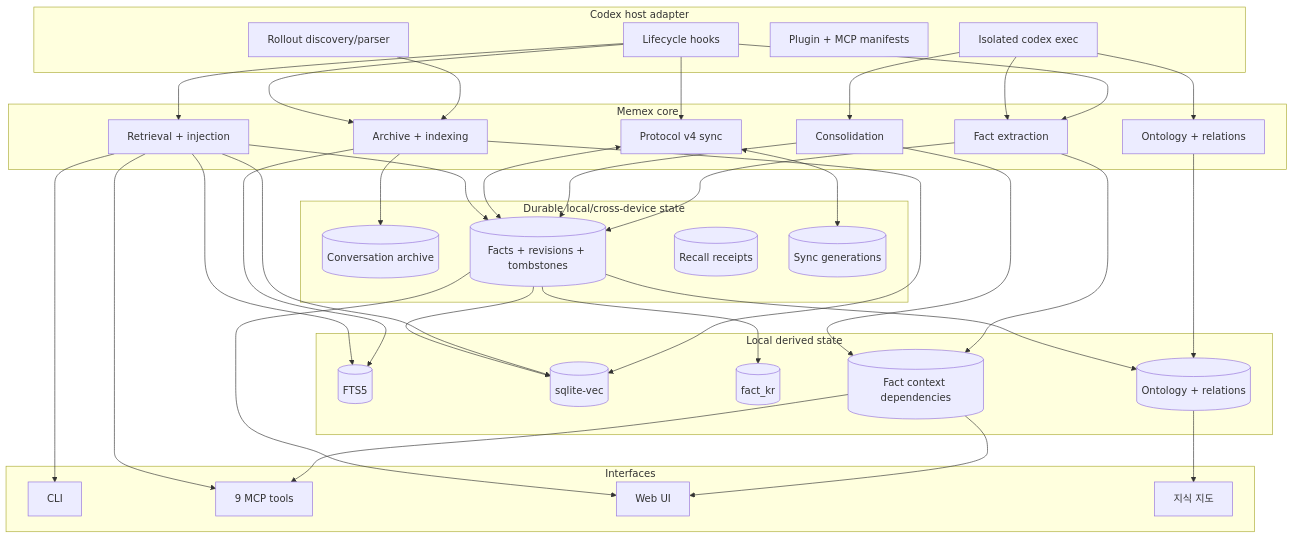
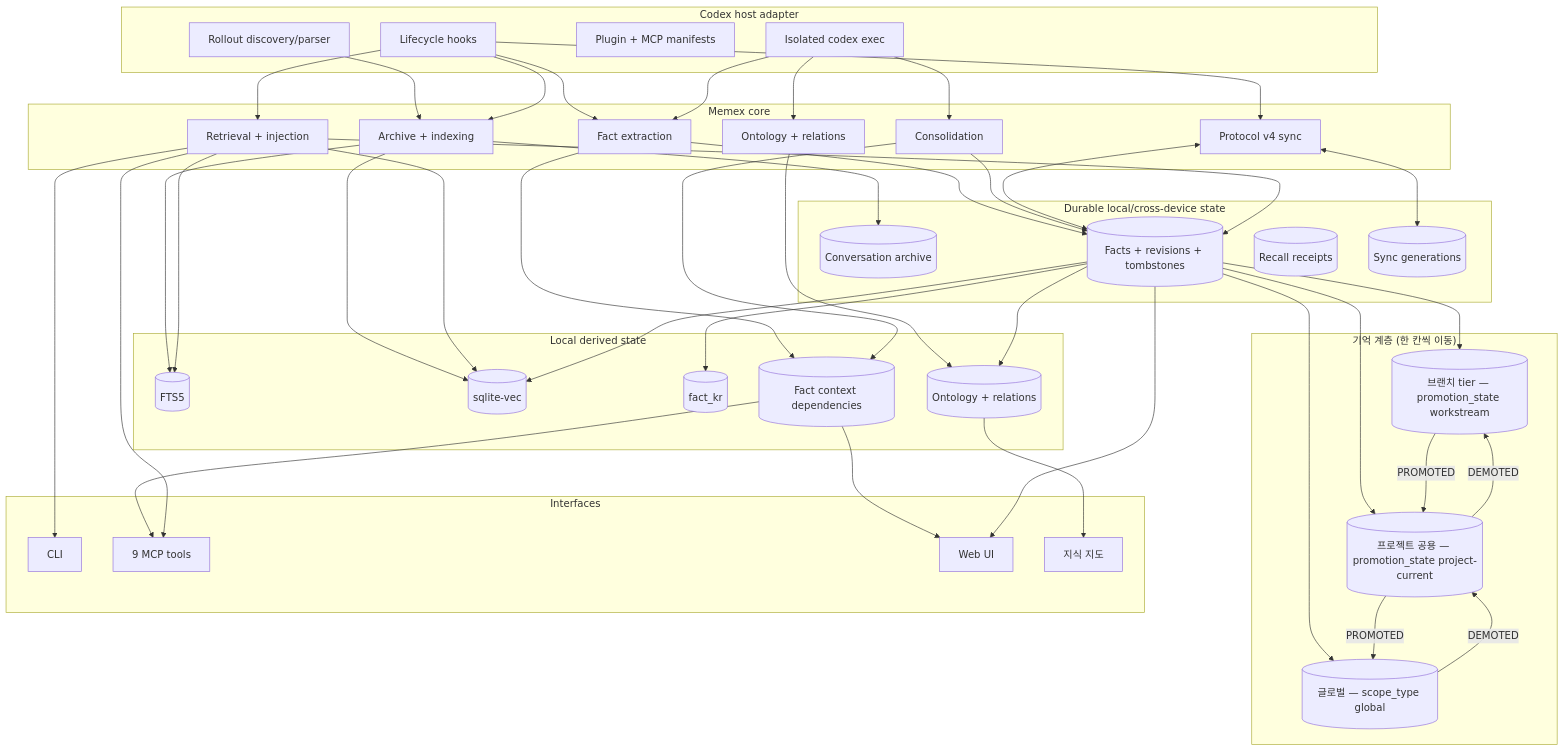
Before and after one commit to BongSuCHOI/memex: the first of 2 diagrams in docs/ARCHITECTURE.md, drawn with Mermaid. The commit also changed other lines of this file and 14 other files, not shown here.

```diff
--- a/docs/ARCHITECTURE.md
+++ b/docs/ARCHITECTURE.md
@@ -41,6 +41,12 @@
       Facts[(Facts + revisions + tombstones)]
       Recall[(Recall receipts)]
       Generations[(Sync generations)]
+    end
+
+    subgraph Tiers["기억 계층 (한 칸씩 이동)"]
+      Branch[("브랜치 tier — promotion_state workstream")]
+      ProjectTier[("프로젝트 공용 — promotion_state project-current")]
+      GlobalTier[("글로벌 — scope_type global")]
     end
 
     subgraph Derived[Local derived state]
@@ -72,6 +78,13 @@
     ArchiveIndex --> Vec
     Extract --> Facts
     Extract --> Context
+    Facts --> Branch
+    Facts --> ProjectTier
+    Facts --> GlobalTier
+    Branch -->|PROMOTED| ProjectTier
+    ProjectTier -->|DEMOTED| Branch
+    ProjectTier -->|PROMOTED| GlobalTier
+    GlobalTier -->|DEMOTED| ProjectTier
     Consolidate --> Facts
     Consolidate --> Context
     Sync <--> Generations
```
